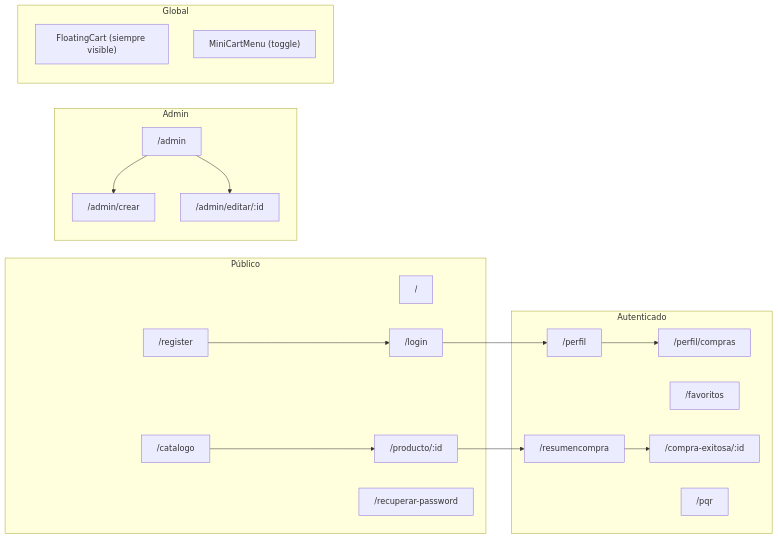
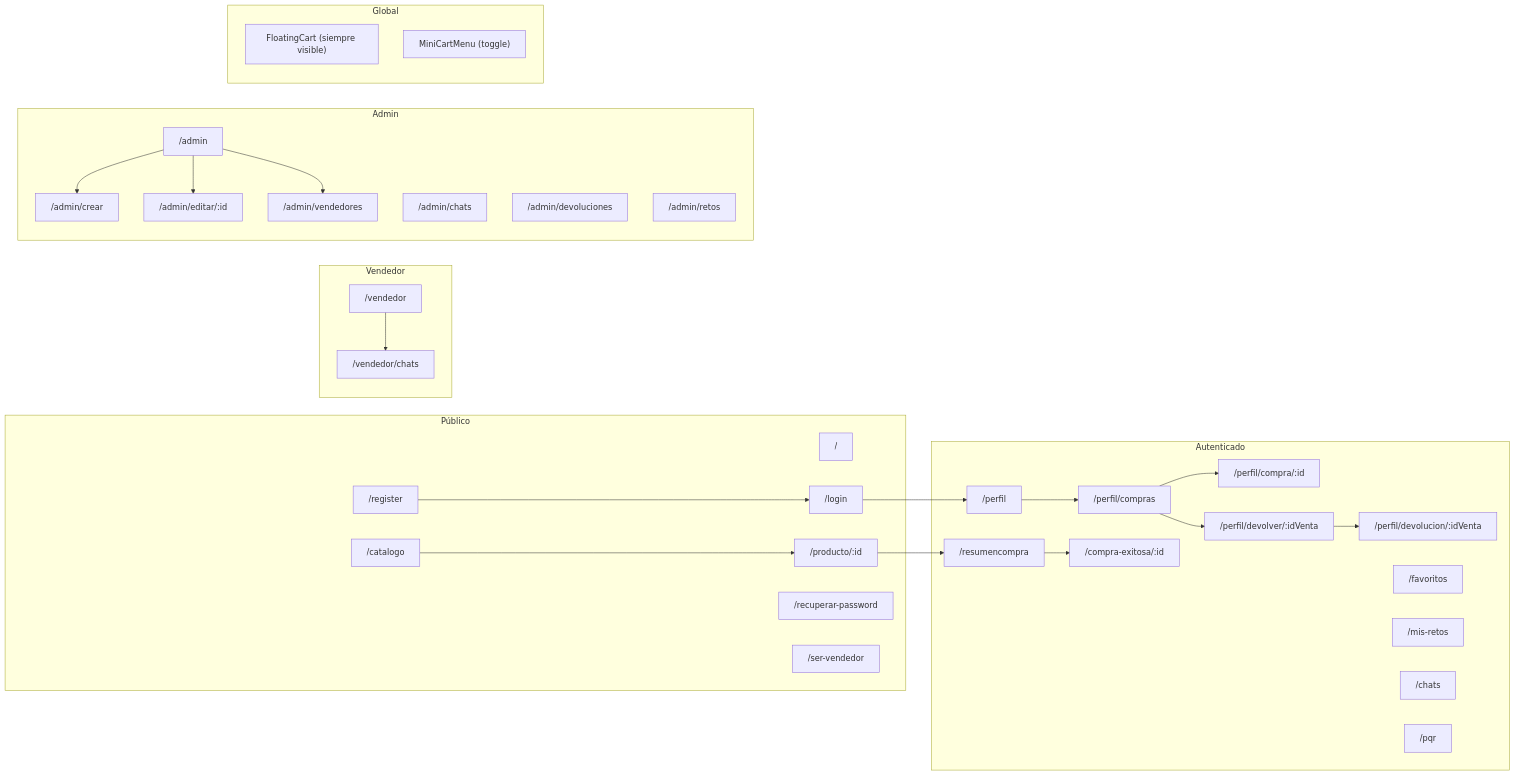
One commit to yeisonfernandez2022-crypto/Jadda_Sports_React changed the fourth of 4 diagrams in docs/diagrams/flujos.md. Above: the diagram before and after it, drawn with Mermaid. The commit also changed other lines of this file and 13 other files, not shown here.

Commit message:
docs(rf-rnf-calidad): flujo de subidas en Cloudinary (RF-045/046/047, RNF-002/004/013), CSRF real en evaluaciones, postscript de la revision 10-20, ERD con columnas de 2026

````diff
--- a/docs/diagrams/flujos.md
+++ b/docs/diagrams/flujos.md
@@ -73,40 +73,58 @@
 ```mermaid
 flowchart LR
     subgraph "Público"
         HOME["/"]
         CATALOGO["/catalogo"]
         DETALLE["/producto/:id"]
         LOGIN["/login"]
         REGISTER["/register"]
         RECUPERAR["/recuperar-password"]
+        SERVENDEDOR["/ser-vendedor"]
     end
     
     subgraph "Autenticado"
         PERFIL["/perfil"]
         COMPRAS["/perfil/compras"]
+        COMPRA_DETALLE["/perfil/compra/:id"]
+        DEVOLICION["/perfil/devolver/:idVenta"]
+        DEVODESTADO["/perfil/devolucion/:idVenta"]
         FAVORITOS["/favoritos"]
+        MISRETOS["/mis-retos"]
+        CHATS["/chats"]
         RESUMEN["/resumencompra"]
         EXITO["/compra-exitosa/:id"]
         PQR["/pqr"]
     end
-    
-    subgraph "Admin"
+
+    subgraph "Vendedor"
+        VENDEDOR["/vendedor"]
+        VENDEDOR_CHATS["/vendedor/chats"]
+    end    subgraph "Admin"
         ADMIN["/admin"]
+        ADMIN_CHATS["/admin/chats"]
+        ADMIN_VENDEDORES["/admin/vendedores"]
+        ADMIN_DEVOLUCIONES["/admin/devoluciones"]
+        ADMIN_RETOS["/admin/retos"]
         CREAR["/admin/crear"]
         EDITAR["/admin/editar/:id"]
     end
 
     subgraph "Global"
         FLOATING["FloatingCart (siempre visible)"]
         MINI_CART["MiniCartMenu (toggle)"]
     end
 
     LOGIN --> PERFIL
     REGISTER --> LOGIN
     CATALOGO --> DETALLE
     DETALLE --> RESUMEN
     RESUMEN --> EXITO
     PERFIL --> COMPRAS
+    COMPRAS --> COMPRA_DETALLE
+    COMPRAS --> DEVOLICION
+    DEVOLICION --> DEVODESTADO
     ADMIN --> CREAR
     ADMIN --> EDITAR
+    ADMIN --> ADMIN_VENDEDORES
+    VENDEDOR --> VENDEDOR_CHATS
 ```
````
